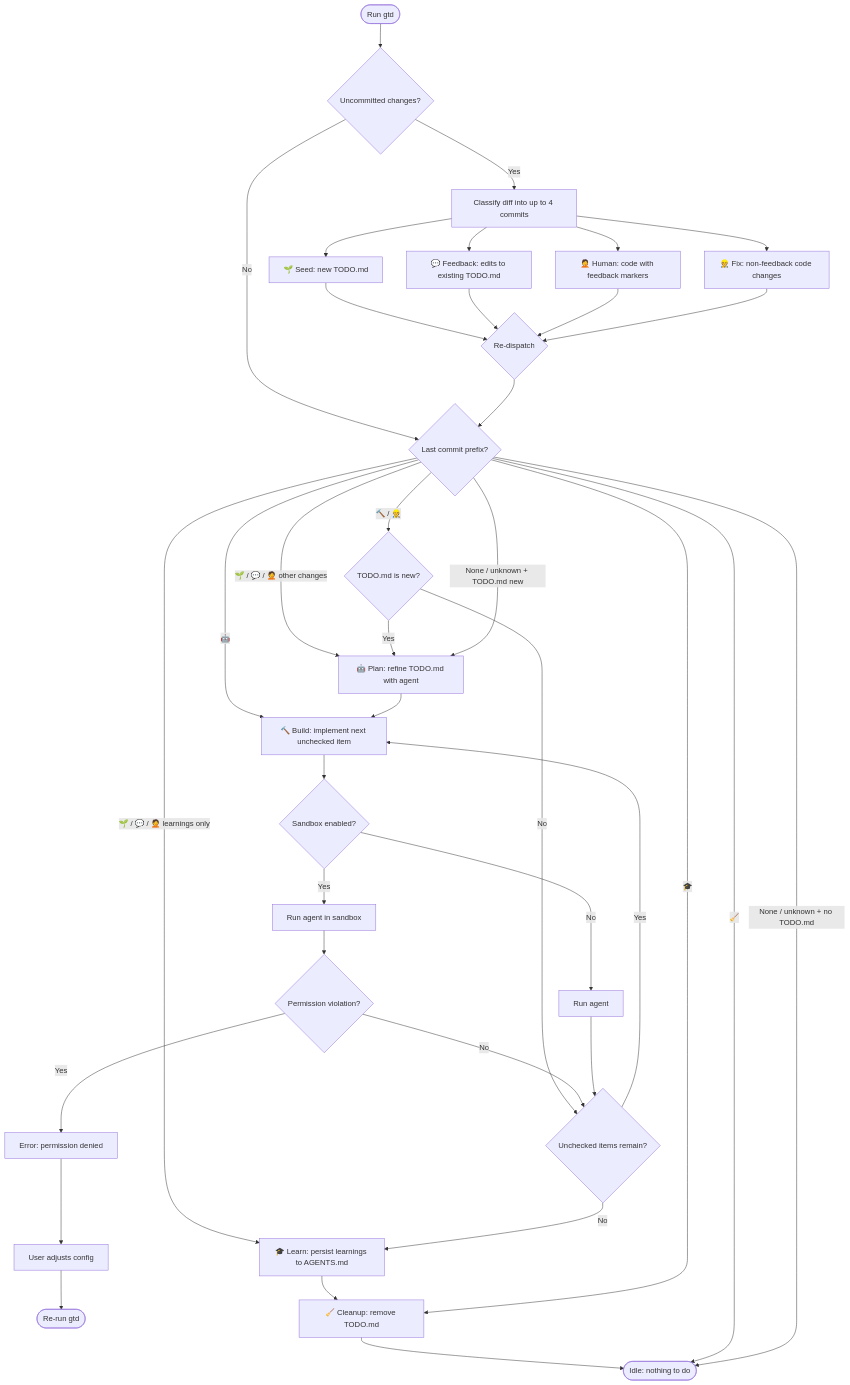
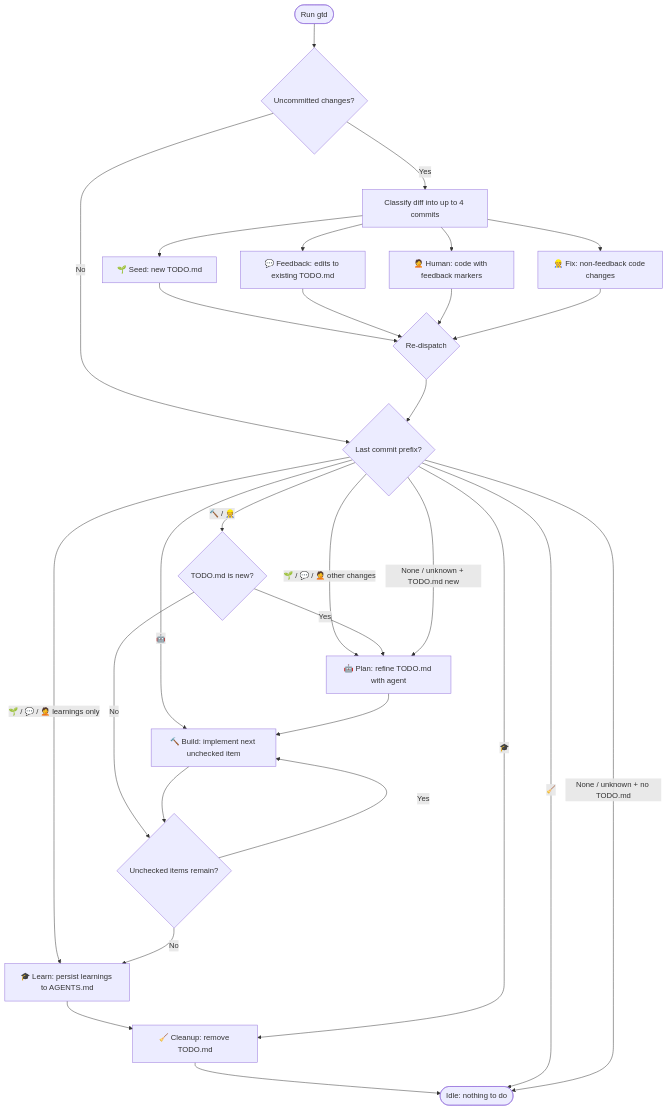
Before and after one commit to pmelab/gtd: the diagram in README.md, drawn with Mermaid. The commit also changed other lines of this file and 71 other files, not shown here.

````diff
--- a/README.md
+++ b/README.md
@@ -19,40 +19,32 @@
 ```mermaid
 flowchart TD
     Start([Run gtd]) --> Uncommitted{Uncommitted changes?}
     Uncommitted -->|No| CheckLast{Last commit prefix?}
     Uncommitted -->|Yes| Classify["Classify diff into up to 4 commits"]
     Classify --> SeedCommit["🌱 Seed: new TODO.md"]
     Classify --> FeedbackCommit["💬 Feedback: edits to existing TODO.md"]
     Classify --> HumanCommit["🤦 Human: code with feedback markers"]
     Classify --> FixCommit["👷 Fix: non-feedback code changes"]
     SeedCommit --> ReDispatch
     FeedbackCommit --> ReDispatch
     HumanCommit --> ReDispatch
     FixCommit --> ReDispatch
     ReDispatch{Re-dispatch} --> CheckLast
     CheckLast -->|"🌱 / 💬 / 🤦 learnings only"| Learn["🎓 Learn: persist learnings to AGENTS.md"]
     CheckLast -->|"🌱 / 💬 / 🤦 other changes"| Plan["🤖 Plan: refine TODO.md with agent"]
     CheckLast -->|🤖| Build
     CheckLast -->|"🔨 / 👷"| TodoNew{TODO.md is new?}
     TodoNew -->|Yes| Plan
     TodoNew -->|No| ItemsLeft
-    Build["🔨 Build: implement next unchecked item"] --> SandboxCheck{Sandbox enabled?}
-    SandboxCheck -->|No| RunAgent[Run agent]
-    SandboxCheck -->|Yes| RunSandboxed[Run agent in sandbox]
-    RunSandboxed --> Violation{Permission violation?}
-    Violation -->|Yes| ErrorMsg[Error: permission denied]
-    ErrorMsg --> AdjustConfig[User adjusts config]
-    AdjustConfig --> Rerun([Re-run gtd])
-    Violation -->|No| ItemsLeft
-    RunAgent --> ItemsLeft
+    Build["🔨 Build: implement next unchecked item"] --> ItemsLeft
     ItemsLeft{Unchecked items remain?}
     ItemsLeft -->|Yes| Build
     ItemsLeft -->|No| Learn
     Plan --> Build
     Learn --> Cleanup["🧹 Cleanup: remove TODO.md"]
     CheckLast -->|🎓| Cleanup
     Cleanup --> Idle([Idle: nothing to do])
     CheckLast -->|🧹| Idle
     CheckLast -->|"None / unknown + TODO.md new"| Plan
     CheckLast -->|"None / unknown + no TODO.md"| Idle
 ```
````
